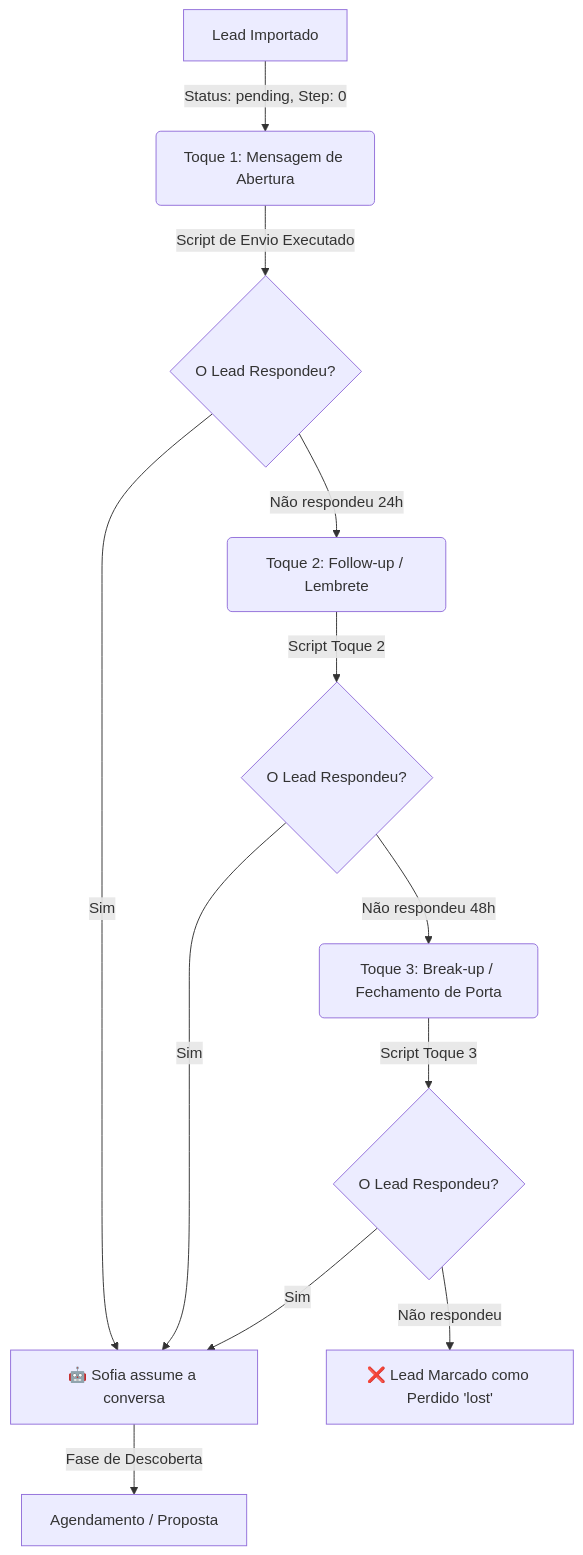
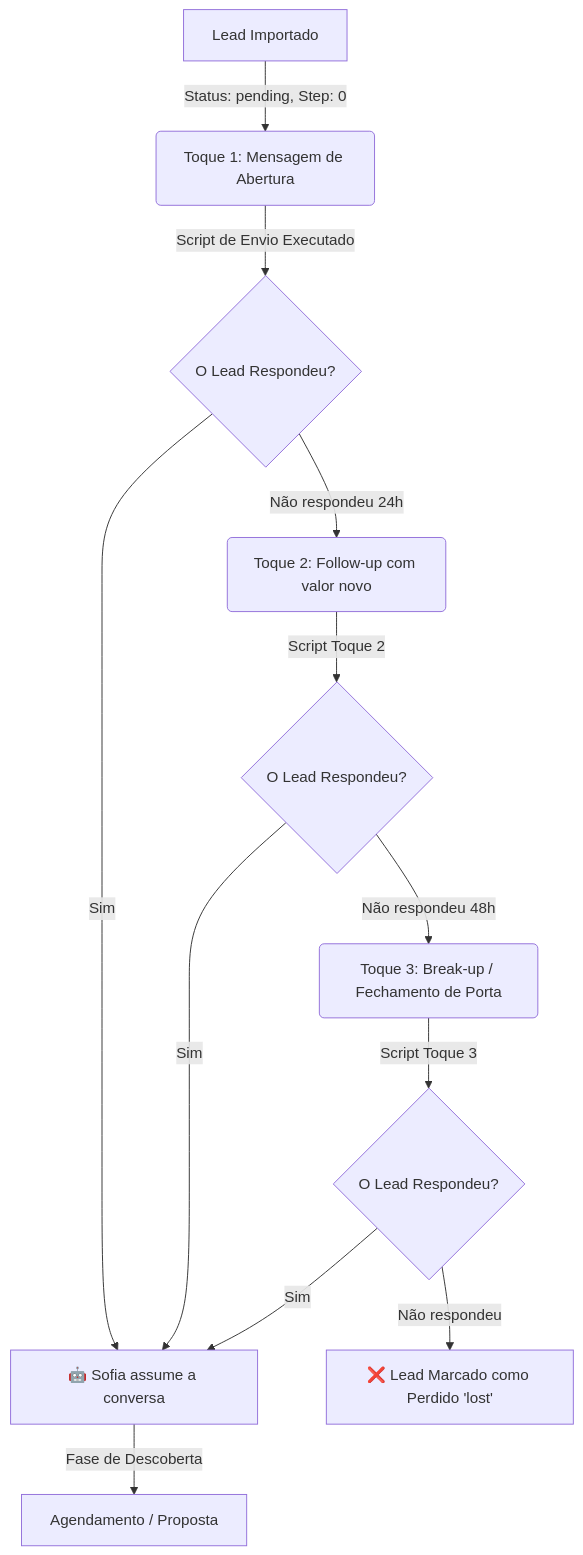
One commit to enzo-playboy/OpenWA changed the diagram in FLUXO_FOLLOW_UPS_MENSAGENS.md. Above: the diagram before and after it, drawn with Mermaid. The commit also changed other lines of this file and 9 other files, not shown here.

First line of the commit message:
feat(sdr): treinar agentes e scripts de follow-up com as regras de abordagem (Regras 5 e 7 forçadas em código)

````diff
--- a/FLUXO_FOLLOW_UPS_MENSAGENS.md
+++ b/FLUXO_FOLLOW_UPS_MENSAGENS.md
@@ -9,19 +9,19 @@
 ```mermaid
 graph TD
     A[Lead Importado] -->|Status: pending, Step: 0| B(Toque 1: Mensagem de Abertura)
     B -->|Script de Envio Executado| C{O Lead Respondeu?}
     
     C -->|Sim| D[🤖 Sofia assume a conversa]
     D -->|Fase de Descoberta| E[Agendamento / Proposta]
     
-    C -->|Não respondeu 24h| F(Toque 2: Follow-up / Lembrete)
+    C -->|Não respondeu 24h| F(Toque 2: Follow-up com valor novo)
     F -->|Script Toque 2| G{O Lead Respondeu?}
     
     G -->|Sim| D
     
     G -->|Não respondeu 48h| H(Toque 3: Break-up / Fechamento de Porta)
     H -->|Script Toque 3| I{O Lead Respondeu?}
     
     I -->|Sim| D
     I -->|Não respondeu| J[❌ Lead Marcado como Perdido 'lost']
 ```
````
